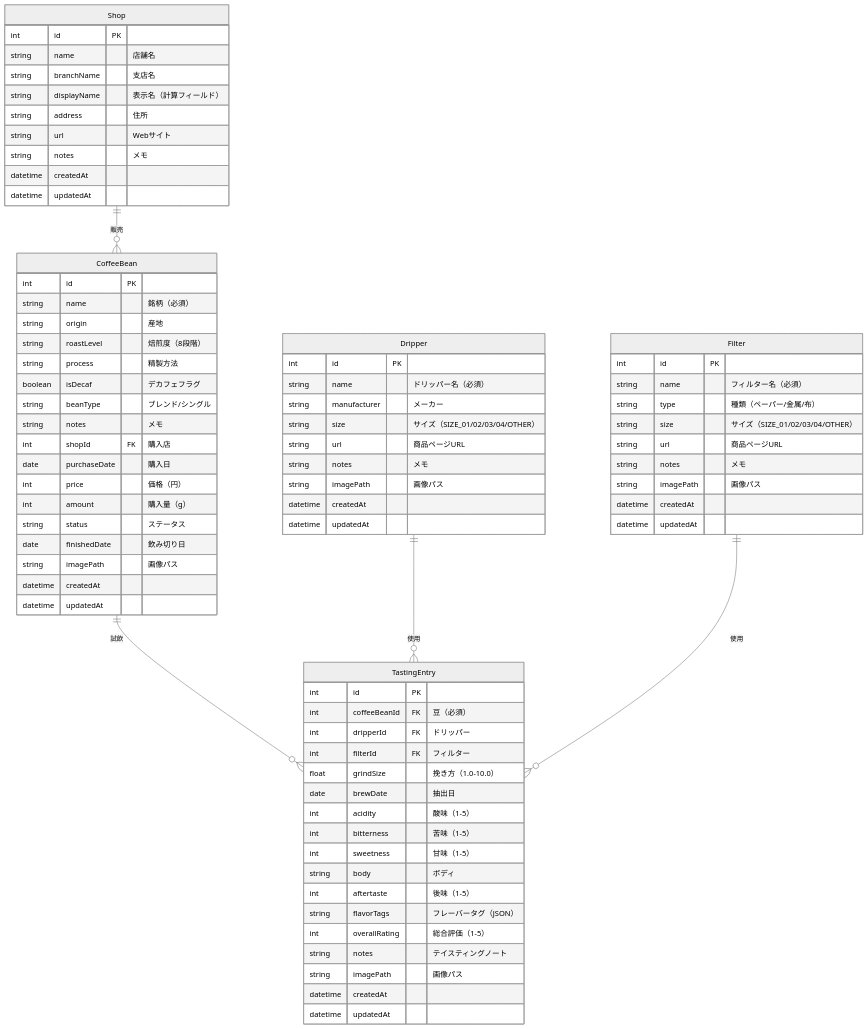
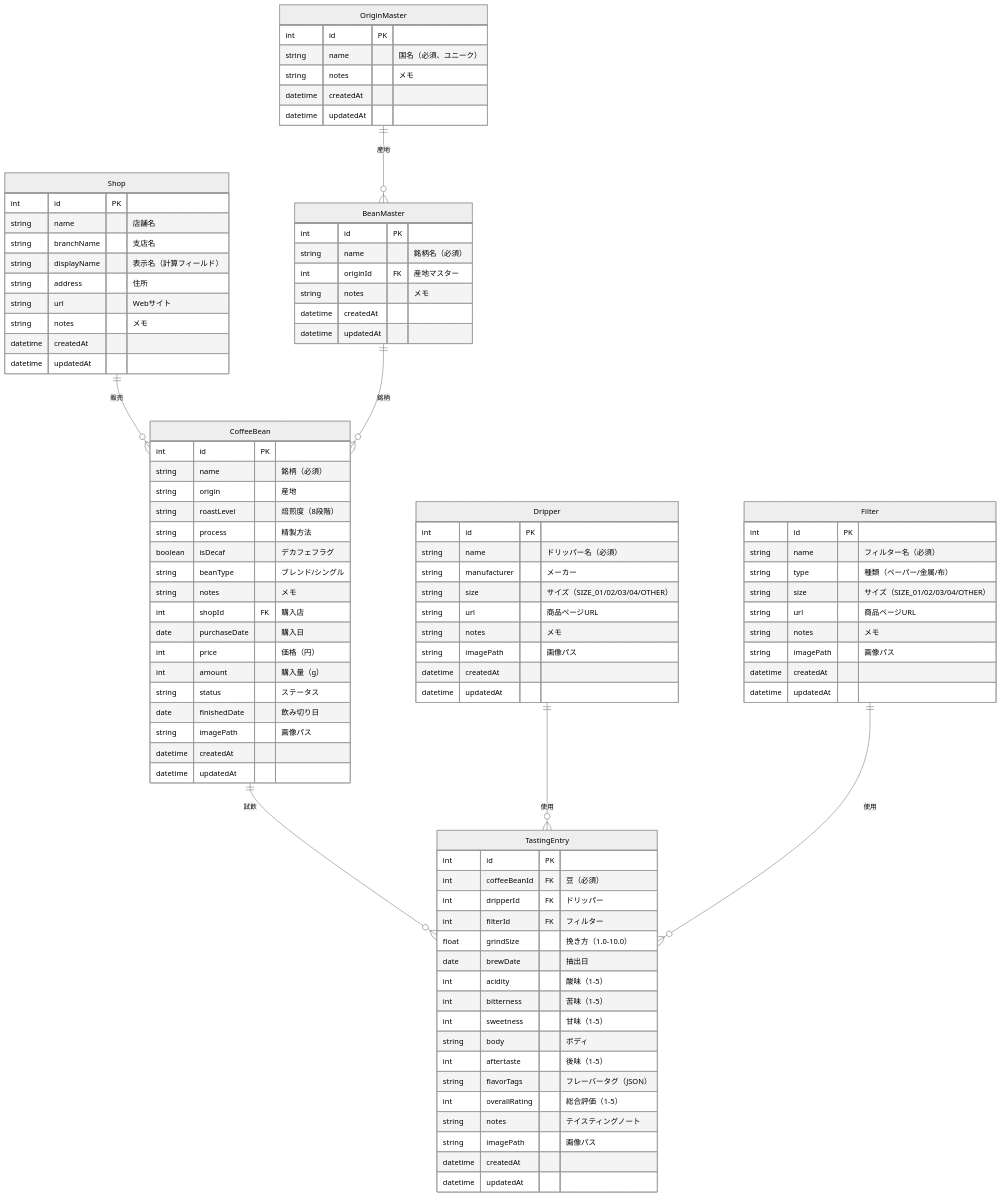
The diagram in docs/data-model.md (jyama4ta/coffee-tasting-journal), drawn with Mermaid (neutral theme) before and after one commit. The commit also changed 44 other files, not shown here.

````diff
--- a/docs/data-model.md
+++ b/docs/data-model.md
@@ -10,9 +10,28 @@
 ```mermaid
 erDiagram
     Shop ||--o{ CoffeeBean : "販売"
+    OriginMaster ||--o{ BeanMaster : "産地"
+    BeanMaster ||--o{ CoffeeBean : "銘柄"
     CoffeeBean ||--o{ TastingEntry : "試飲"
     Dripper ||--o{ TastingEntry : "使用"
     Filter ||--o{ TastingEntry : "使用"
+
+    OriginMaster {
+        int id PK
+        string name "国名（必須、ユニーク）"
+        string notes "メモ"
+        datetime createdAt
+        datetime updatedAt
+    }
+
+    BeanMaster {
+        int id PK
+        string name "銘柄名（必須）"
+        int originId FK "産地マスター"
+        string notes "メモ"
+        datetime createdAt
+        datetime updatedAt
+    }
 
     Shop {
         int id PK
````
